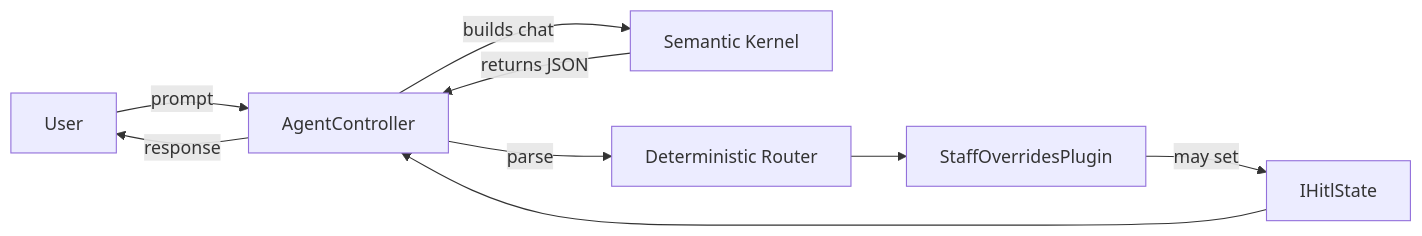
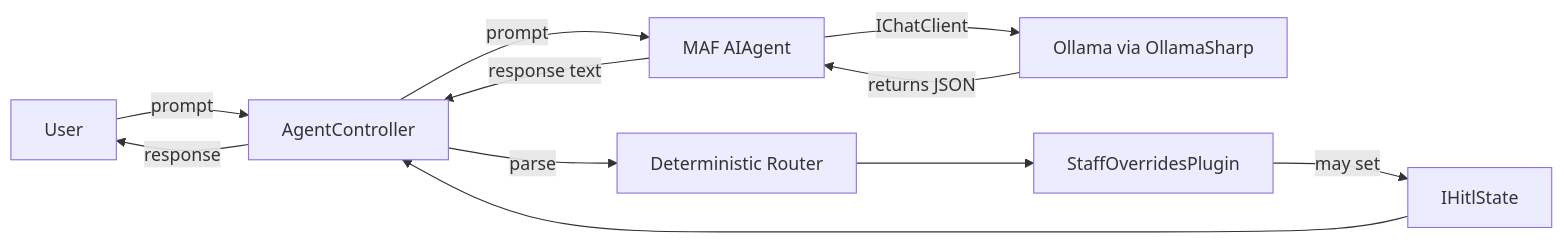
The diagram in README.md (emimaldo/agentic-workflow-poc), drawn with Mermaid before and after one commit. The commit also changed other lines of this file and 35 other files, not shown here.

````diff
--- a/README.md
+++ b/README.md
@@ -82,11 +87,13 @@
 ```mermaid
 flowchart LR
   User -->|prompt| API[AgentController]
-  API -->|builds chat| Kernel[Semantic Kernel]
-  Kernel -->|returns JSON| API
+  API -->|prompt| Agent[MAF AIAgent]
+  Agent -->|IChatClient| Ollama[Ollama via OllamaSharp]
+  Ollama -->|returns JSON| Agent
+  Agent -->|response text| API
   API -->|parse| Router[Deterministic Router]
   Router --> Plugin[StaffOverridesPlugin]
   Plugin -->|may set| HITL[IHitlState]
   HITL --> API
   API -->|response| User
 ```
````
